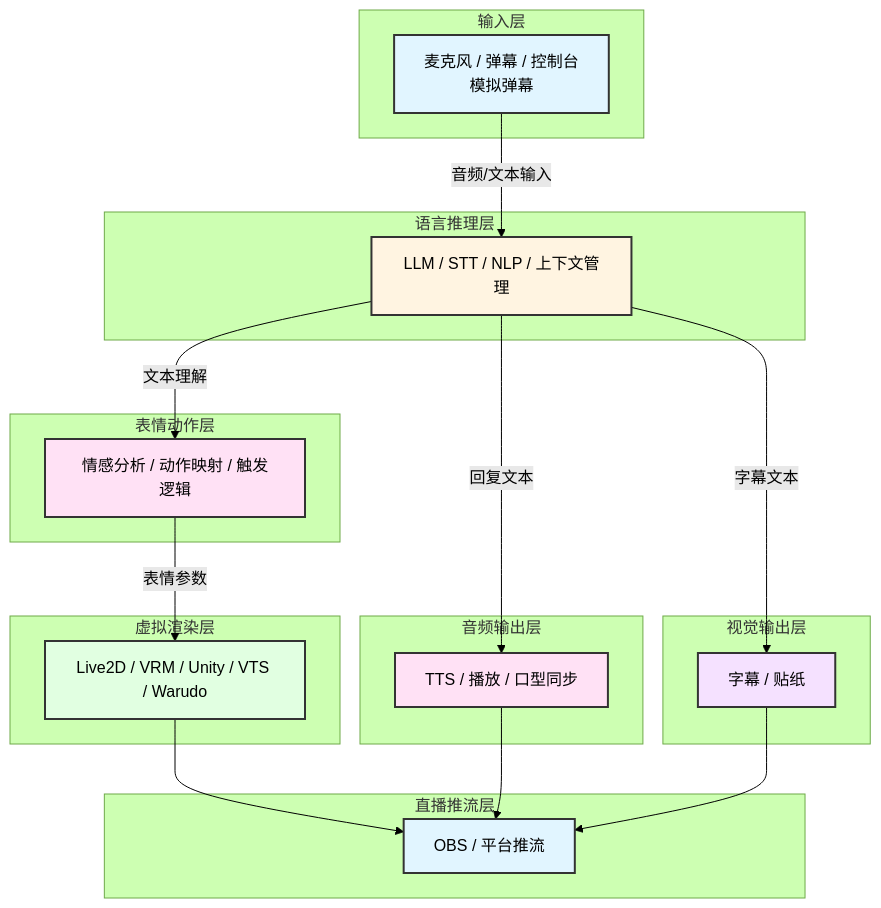
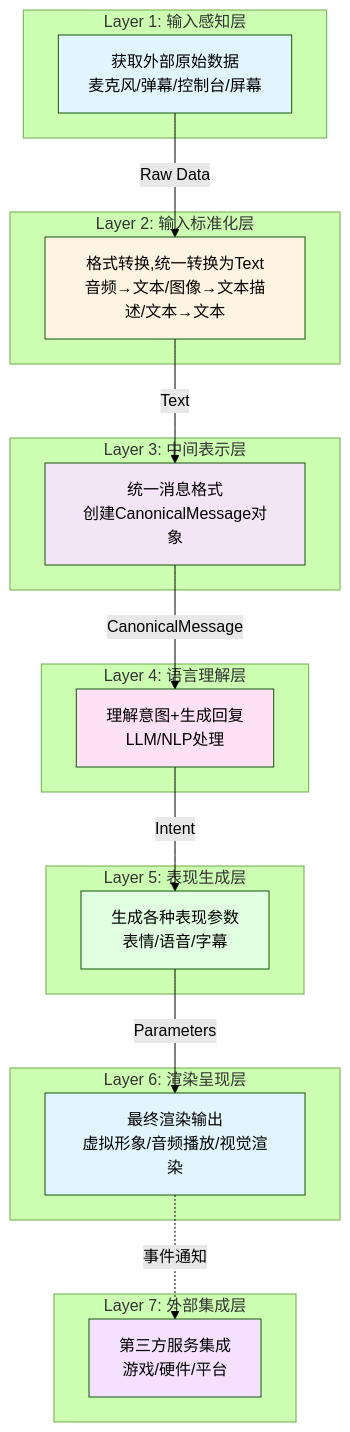
Before and after one commit to Mai-with-u/Amaidesu: the first of 3 diagrams in refactor.md, drawn with Mermaid (forest theme). The commit also changed other lines of this file, not shown here.

````diff
--- a/refactor.md
+++ b/refactor.md
@@ -86,47 +96,45 @@
 ```mermaid
 graph TB
-    subgraph "输入层"
-        Input[麦克风 / 弹幕 / 控制台<br/>模拟弹幕]
+    subgraph "Layer 1: 输入感知层"
+        Perception[获取外部原始数据<br/>麦克风/弹幕/控制台/屏幕]
     end
 
-    subgraph "语言推理层"
-        LangProc[LLM / STT / NLP / 上下文管理]
+    subgraph "Layer 2: 输入标准化层"
+        Normalization[格式转换,统一转换为Text<br/>音频→文本/图像→文本描述/文本→文本]
     end
 
-    subgraph "表情动作层"
-        ExprGen[情感分析 / 动作映射 / 触发逻辑]
+    subgraph "Layer 3: 中间表示层"
+        Canonical[统一消息格式<br/>创建CanonicalMessage对象]
     end
 
-    subgraph "虚拟渲染层"
-        VirtRend[Live2D / VRM / Unity / VTS / Warudo]
+    subgraph "Layer 4: 语言理解层"
+        Understanding[理解意图+生成回复<br/>LLM/NLP处理]
     end
 
-    subgraph "音频输出层"
-        AudioOut[TTS / 播放 / 口型同步]
+    subgraph "Layer 5: 表现生成层"
+        Expression[生成各种表现参数<br/>表情/语音/字幕]
     end
 
-    subgraph "视觉输出层"
-        VisOut[字幕 / 贴纸]
+    subgraph "Layer 6: 渲染呈现层"
+        Rendering[最终渲染输出<br/>虚拟形象/音频播放/视觉渲染]
     end
 
-    subgraph "直播推流层"
-        Stream[OBS / 平台推流]
+    subgraph "Layer 7: 外部集成层"
+        Integration[第三方服务集成<br/>游戏/硬件/平台]
     end
 
-    Input -->|音频/文本输入| LangProc
-    LangProc -->|文本理解| ExprGen
-    ExprGen -->|表情参数| VirtRend
-    LangProc -->|回复文本| AudioOut
-    LangProc -->|字幕文本| VisOut
-    VirtRend --> Stream
-    AudioOut --> Stream
-    VisOut --> Stream
+    Perception -->|"Raw Data"| Normalization
+    Normalization -->|"Text"| Canonical
+    Canonical -->|"CanonicalMessage"| Understanding
+    Understanding -->|"Intent"| Expression
+    Expression -->|"Parameters"| Rendering
+    Rendering -.事件通知.-> Integration
 
-    style Input fill:#e1f5ff,stroke:#333,stroke-width:2px
-    style LangProc fill:#fff4e1,stroke:#333,stroke-width:2px
-    style ExprGen fill:#ffe1f5,stroke:#333,stroke-width:2px
-    style VirtRend fill:#e1ffe1,stroke:#333,stroke-width:2px
-    style AudioOut fill:#ffe1f5,stroke:#333,stroke-width:2px
-    style VisOut fill:#f5e1ff,stroke:#333,stroke-width:2px
-    style Stream fill:#e1f5ff,stroke:#333,stroke-width:2px
+    style Perception fill:#e1f5ff
+    style Normalization fill:#fff4e1
+    style Canonical fill:#f3e5f5
+    style Understanding fill:#ffe1f5
+    style Expression fill:#e1ffe1
+    style Rendering fill:#e1f5ff
+    style Integration fill:#f5e1ff
 ```
````
